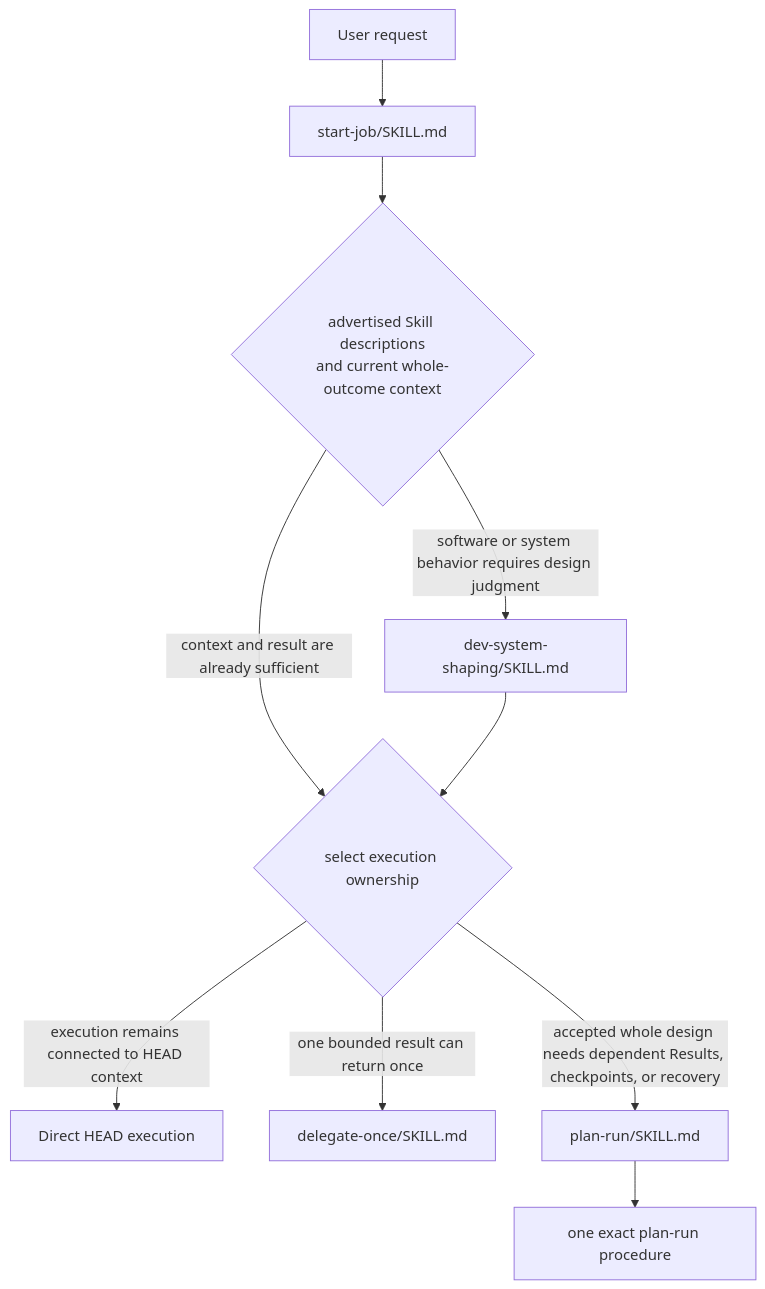
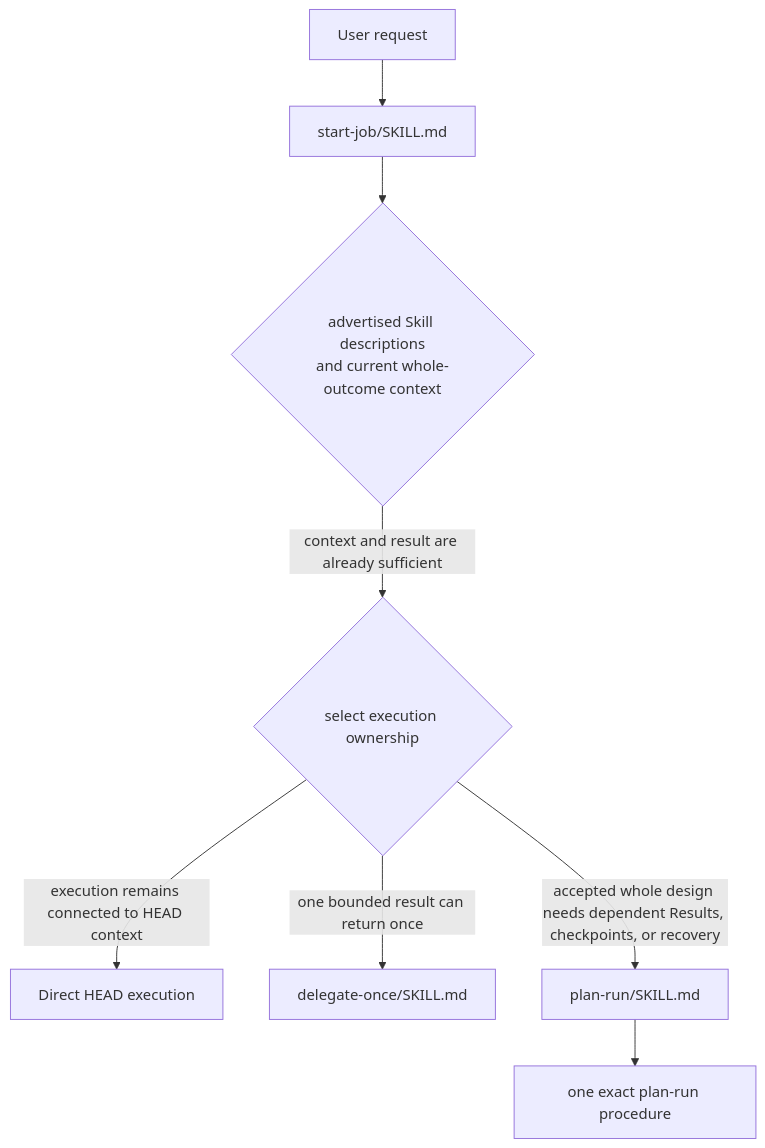
Before and after one commit to Won6314/head-agent-core: the first of 2 diagrams in packages/core/theory/context-management/instruction-routing-map.md, drawn with Mermaid. The commit also changed other lines of this file and 17 other files, not shown here.

````diff
--- a/packages/core/theory/context-management/instruction-routing-map.md
+++ b/packages/core/theory/context-management/instruction-routing-map.md
@@ -22,12 +22,10 @@
 ```mermaid
 flowchart TD
     R["User request"] --> SJ["start-job/SKILL.md"]
     SJ --> S{"advertised Skill descriptions<br/>and current whole-outcome context"}
-    S -->|"software or system behavior requires design judgment"| DS["dev-system-shaping/SKILL.md"]
     S -->|"context and result are already sufficient"| M{"select execution ownership"}
-    DS --> M
     M -->|"execution remains connected to HEAD context"| DIRECT["Direct HEAD execution"]
     M -->|"one bounded result can return once"| ONCE["delegate-once/SKILL.md"]
     M -->|"accepted whole design needs dependent Results, checkpoints, or recovery"| PLAN["plan-run/SKILL.md"]
     PLAN --> PROCEDURE["one exact plan-run procedure"]
 ```
````
